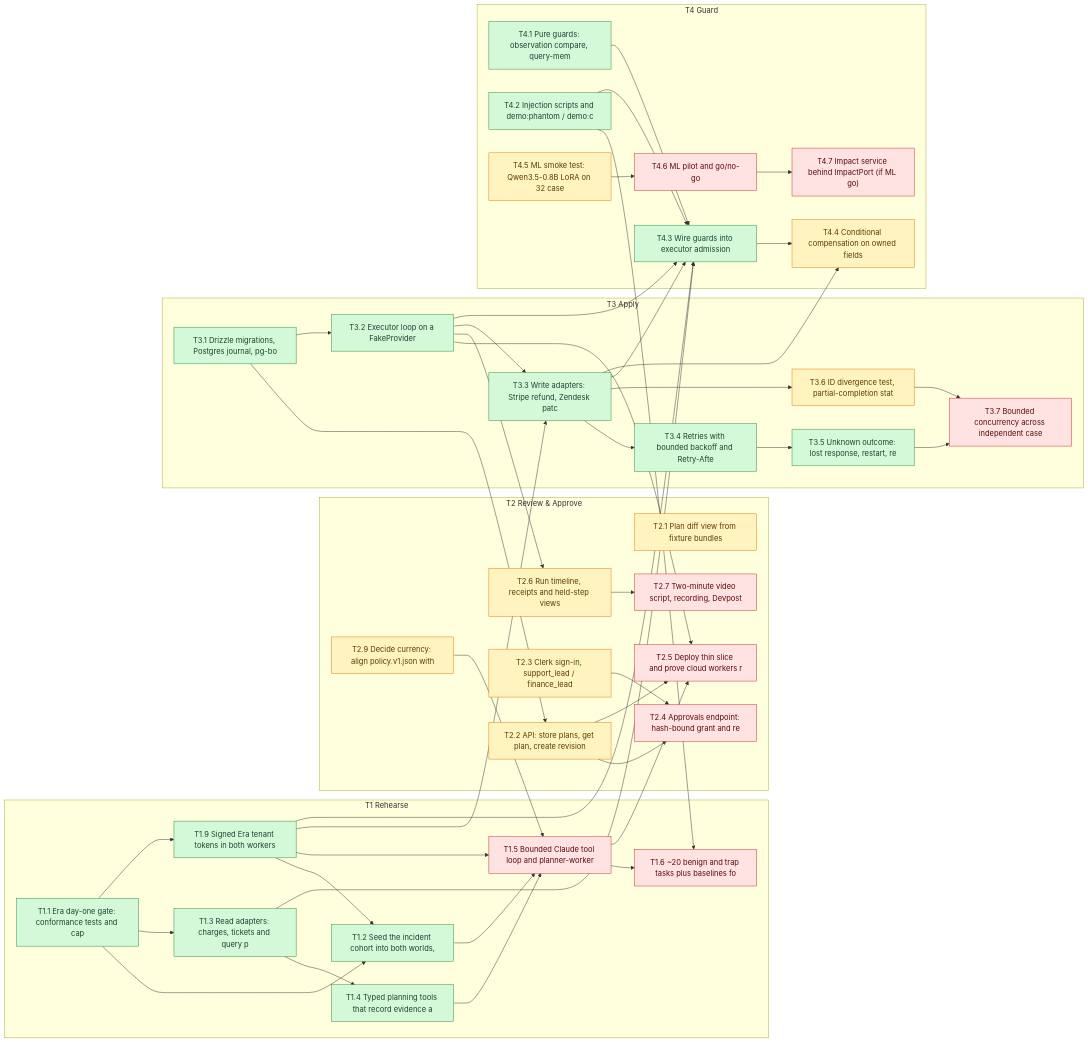
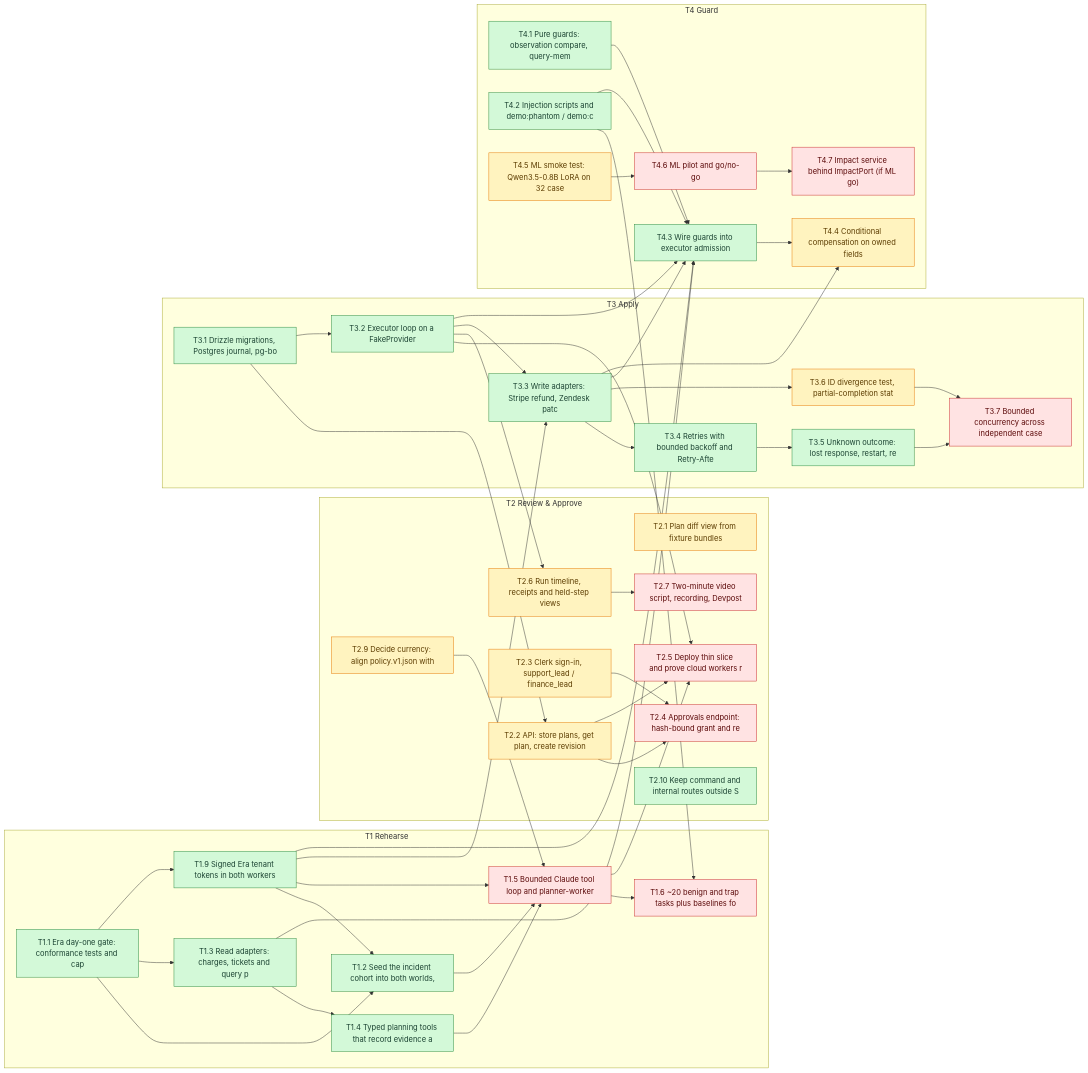
The diagram in BLOCKERS.md (SoroushRF/Rehearsal), drawn with Mermaid before and after one commit. The commit also changed other lines of this file, not shown here.

```diff
--- a/BLOCKERS.md
+++ b/BLOCKERS.md
@@ -106,6 +107,7 @@
     T2_6["T2.6 Run timeline, receipts and held-step views "]:::ready
     T2_7["T2.7 Two-minute video script, recording, Devpost"]:::blocked
     T2_9["T2.9 Decide currency: align policy.v1.json with "]:::ready
+    T2_10["T2.10 Keep command and internal routes outside S"]:::done
   end
   subgraph T3[T3 Apply]
     T3_1["T3.1 Drizzle migrations, Postgres journal, pg-bo"]:::done
```
